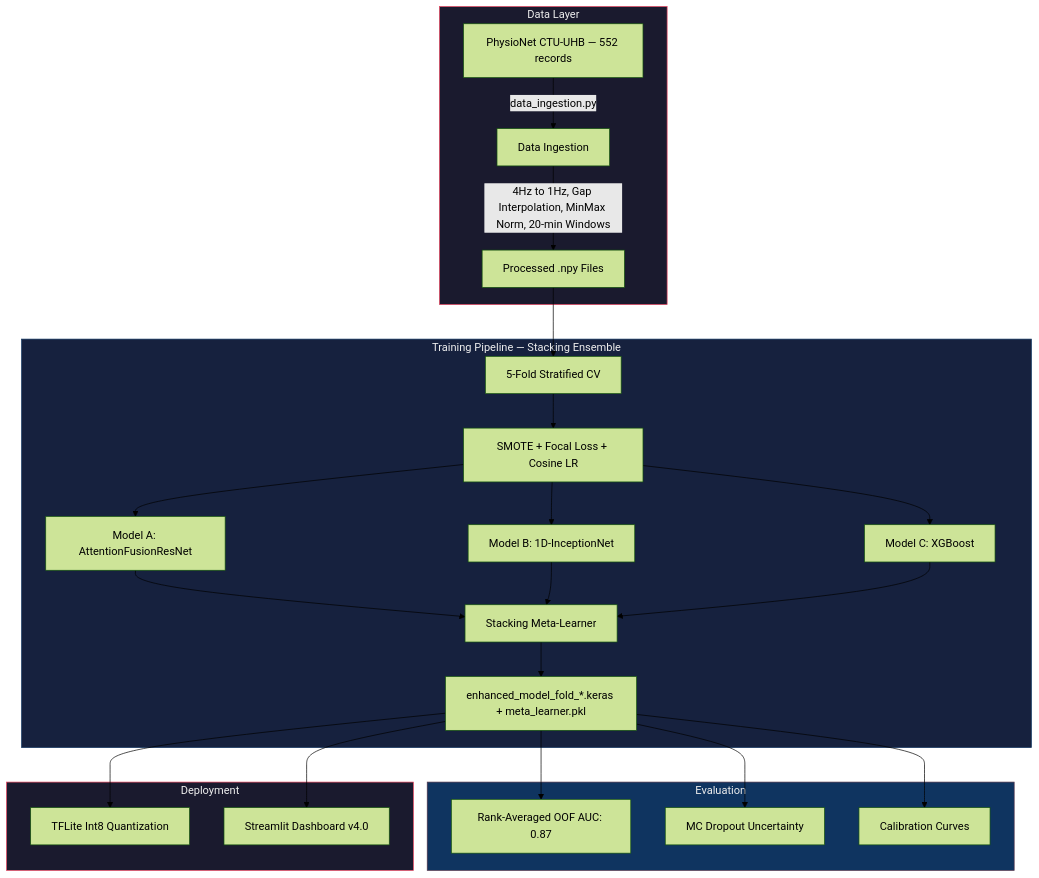
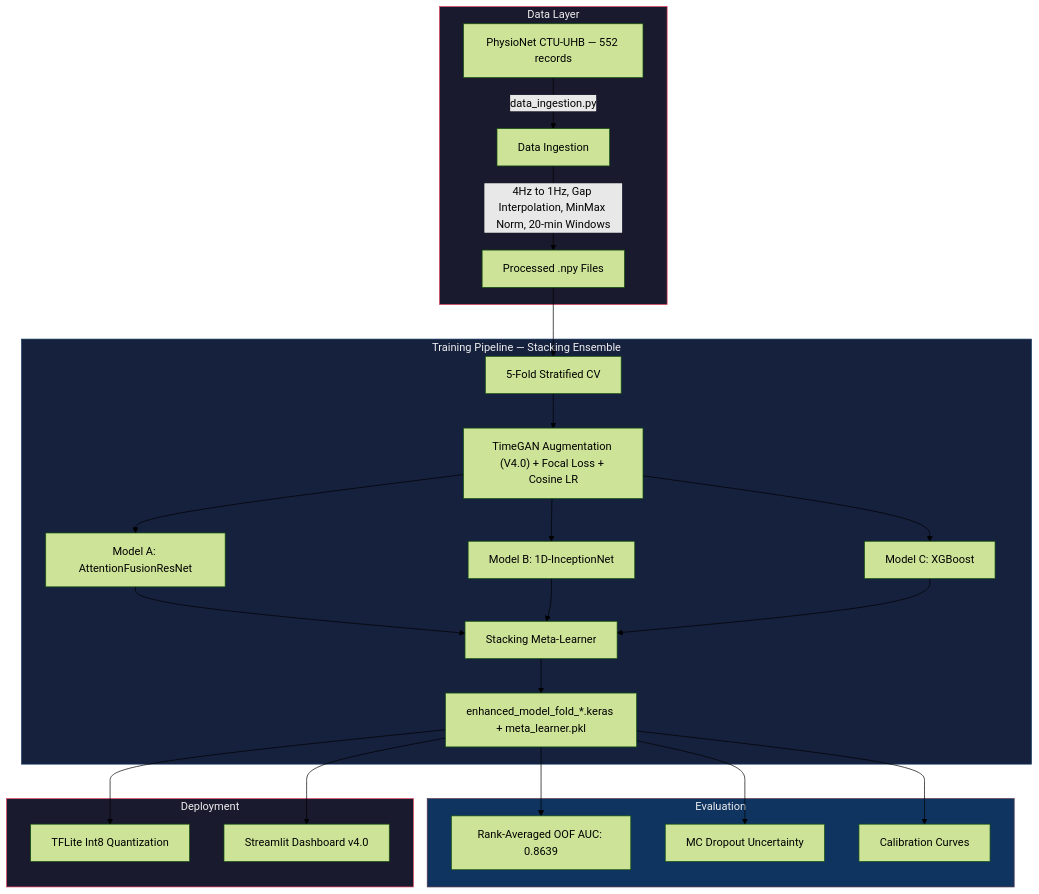
One commit to Krishna200608/NeuroFetal-AI changed the first of 4 diagrams in Reports/explain.md. Above: the diagram before and after it, drawn with Mermaid (forest theme). The commit also changed other lines of this file and 9 other files, not shown here.

````diff
--- a/Reports/explain.md
+++ b/Reports/explain.md
@@ -117,33 +117,33 @@
 ```mermaid
 flowchart TD
     subgraph DATA ["Data Layer"]
         A["PhysioNet CTU-UHB — 552 records"] -->|"data_ingestion.py"| B["Data Ingestion"]
         B -->|"4Hz to 1Hz, Gap Interpolation, MinMax Norm, 20-min Windows"| C["Processed .npy Files"]
     end
 
     subgraph TRAIN ["Training Pipeline — Stacking Ensemble"]
         C --> D["5-Fold Stratified CV"]
-        D --> E["SMOTE + Focal Loss + Cosine LR"]
+        D --> E["TimeGAN Augmentation (V4.0) + Focal Loss + Cosine LR"]
         E --> F1["Model A: AttentionFusionResNet"]
         E --> F2["Model B: 1D-InceptionNet"]
         E --> F3["Model C: XGBoost"]
         F1 & F2 & F3 --> G["Stacking Meta-Learner"]
         G --> H["enhanced_model_fold_*.keras + meta_learner.pkl"]
     end
 
     subgraph EVAL ["Evaluation"]
-        H --> I["Rank-Averaged OOF AUC: 0.87"]
+        H --> I["Rank-Averaged OOF AUC: 0.8639"]
         H --> J["MC Dropout Uncertainty"]
         H --> K["Calibration Curves"]
     end
 
     subgraph DEPLOY ["Deployment"]
         H --> L["TFLite Int8 Quantization"]
         H --> M["Streamlit Dashboard v4.0"]
     end
 
     style DATA fill:#1a1a2e,stroke:#e94560,color:#eee
     style TRAIN fill:#16213e,stroke:#0f3460,color:#eee
     style EVAL fill:#0f3460,stroke:#53354a,color:#eee
     style DEPLOY fill:#1a1a2e,stroke:#e94560,color:#eee
 ```
````
